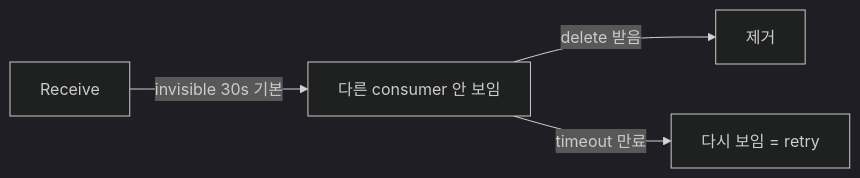
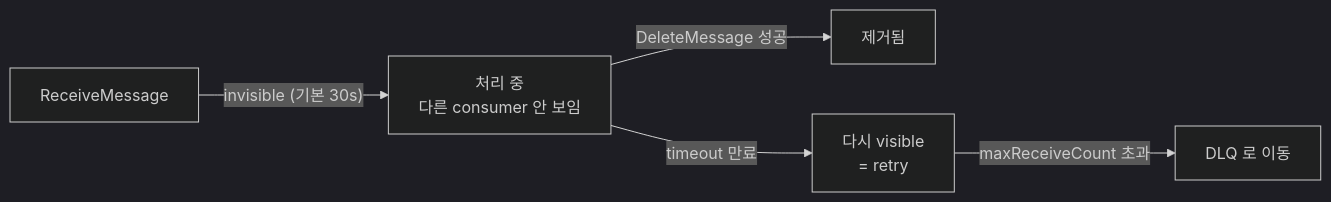
Before and after one commit to shinkeonkim/shinkeonkim.github.io: the second of 3 diagrams in src/content/wiki/cloud/aws-sqs.mdx, drawn with Mermaid (dark theme). The commit also changed other lines of this file and 526 other files, not shown here.

First line of the commit message:
content(wiki): 전수조사 및 대규모 보강 (짧은 파일 0, mermaid +645)

````diff
--- a/src/content/wiki/cloud/aws-sqs.mdx
+++ b/src/content/wiki/cloud/aws-sqs.mdx
@@ -44,6 +51,7 @@
 ```mermaid
 flowchart LR
-    Recv[Receive] -->|invisible 30s 기본| Hidden[다른 consumer 안 보임]
-    Hidden -->|delete 받음| Removed[제거]
-    Hidden -->|timeout 만료| Visible[다시 보임 = retry]
+    Recv["ReceiveMessage"] -->|"invisible (기본 30s)"| Hidden["처리 중\n다른 consumer 안 보임"]
+    Hidden -->|"DeleteMessage 성공"| Done["제거됨"]
+    Hidden -->|"timeout 만료"| Visible["다시 visible\n= retry"]
+    Visible -->|"maxReceiveCount 초과"| DLQ["DLQ 로 이동"]
 ```
````
